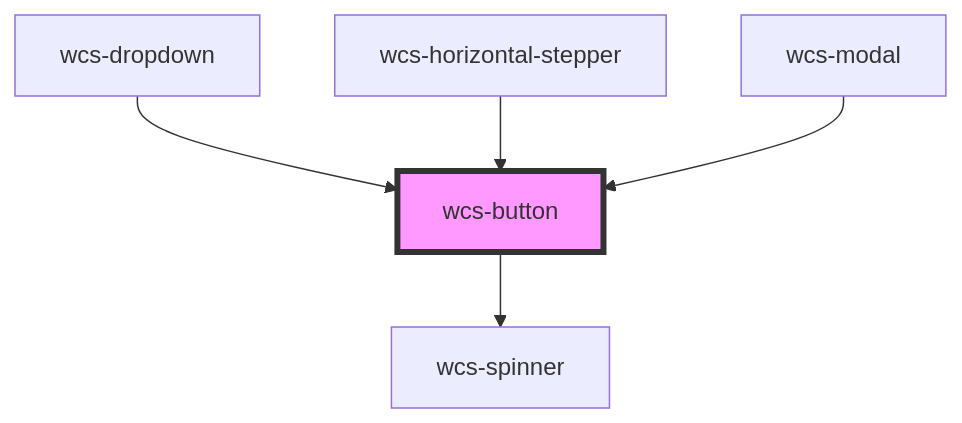
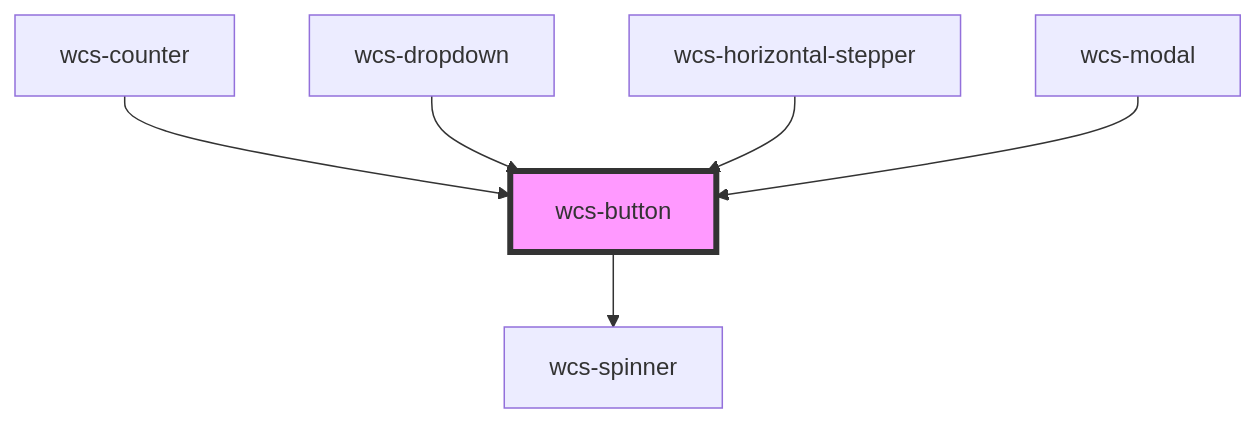
The diagram in src/components/button/readme.md (SNCFdevelopers/wcs), drawn with Mermaid before and after one commit. The commit also changed other lines of this file and 23 other files, not shown here.

````diff
--- a/src/components/button/readme.md
+++ b/src/components/button/readme.md
@@ -38,8 +39,9 @@
 ```mermaid
 graph TD;
   wcs-button --> wcs-spinner
+  wcs-counter --> wcs-button
   wcs-dropdown --> wcs-button
   wcs-horizontal-stepper --> wcs-button
   wcs-modal --> wcs-button
   style wcs-button fill:#f9f,stroke:#333,stroke-width:4px
 ```
````
